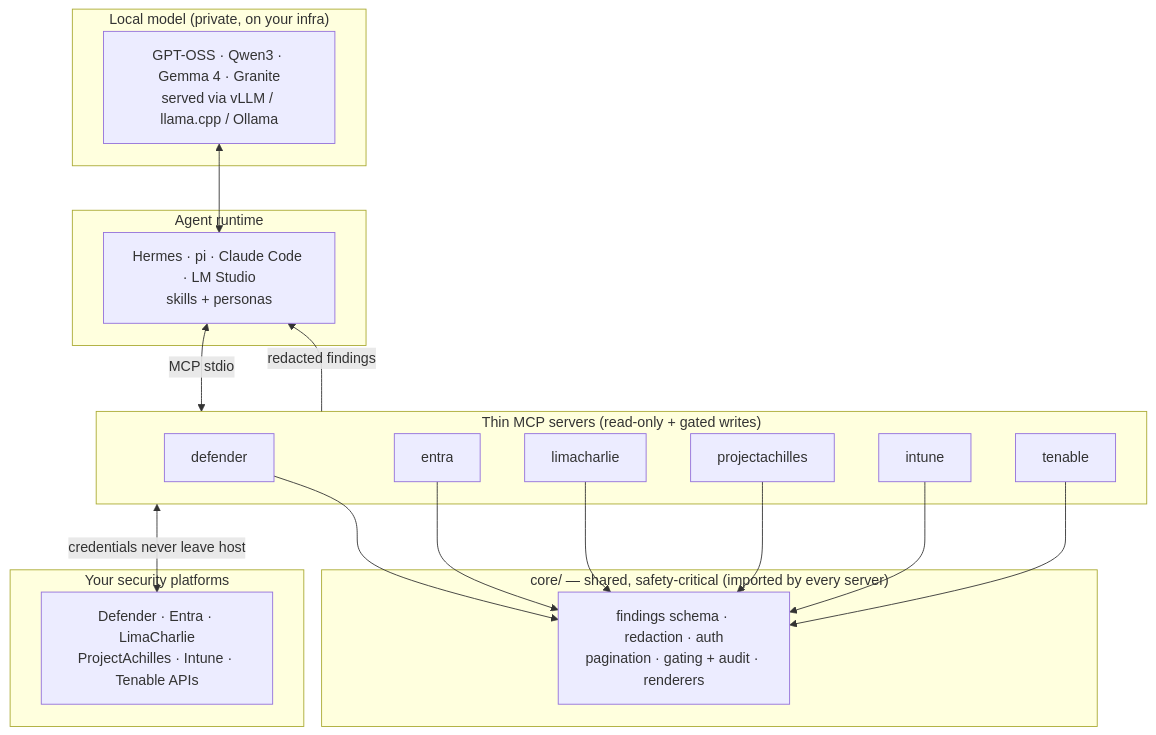
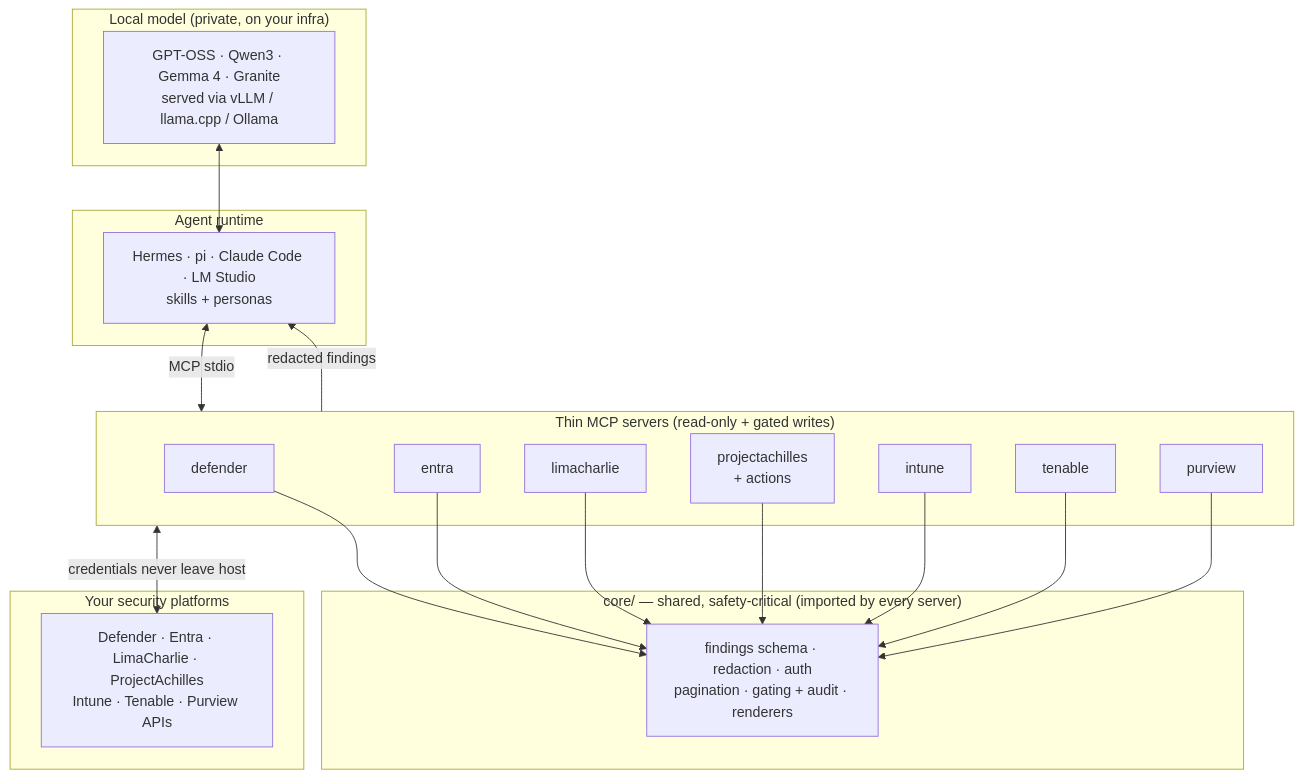
The diagram in README.md (ubercylon8/f0_sectools), drawn with Mermaid before and after one commit. The commit also changed other lines of this file and 3 other files, not shown here.

````diff
--- a/README.md
+++ b/README.md
@@ -117,29 +118,30 @@
 ```mermaid
 flowchart TB
     subgraph model["Local model (private, on your infra)"]
       LM["GPT-OSS · Qwen3 · Gemma 4 · Granite<br/>served via vLLM / llama.cpp / Ollama"]
     end
     subgraph runtime["Agent runtime"]
       RT["Hermes · pi · Claude Code · LM Studio<br/>skills + personas"]
     end
     subgraph servers["Thin MCP servers (read-only + gated writes)"]
       D["defender"]
       E["entra"]
       L["limacharlie"]
-      P["projectachilles"]
+      P["projectachilles<br/>+ actions"]
       I["intune"]
       T["tenable"]
+      U["purview"]
     end
     subgraph core["core/ — shared, safety-critical (imported by every server)"]
       C["findings schema · redaction · auth<br/>pagination · gating + audit · renderers"]
     end
     subgraph platforms["Your security platforms"]
-      API["Defender · Entra · LimaCharlie<br/>ProjectAchilles · Intune · Tenable APIs"]
+      API["Defender · Entra · LimaCharlie · ProjectAchilles<br/>Intune · Tenable · Purview APIs"]
     end
 
     LM <--> RT
     RT <-->|MCP stdio| servers
-    D & E & L & P & I & T --> C
+    D & E & L & P & I & T & U --> C
     servers -->|redacted findings| RT
     servers <-->|credentials never leave host| API
 ```
````
